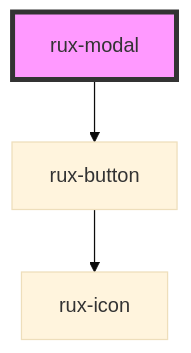
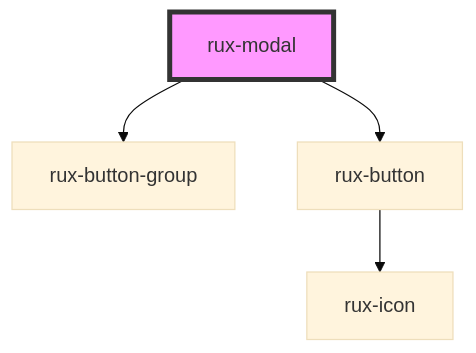
Before and after one commit to RocketCommunicationsInc/astro-components-stencil: the diagram in src/components/rux-modal/readme.md, drawn with Mermaid (base theme). The commit also changed other lines of this file, not shown here.

````diff
--- a/src/components/rux-modal/readme.md
+++ b/src/components/rux-modal/readme.md
@@ -36,6 +44,7 @@
 ```mermaid
 graph TD;
+  rux-modal --> rux-button-group
   rux-modal --> rux-button
   rux-button --> rux-icon
   style rux-modal fill:#f9f,stroke:#333,stroke-width:4px
 ```
````
